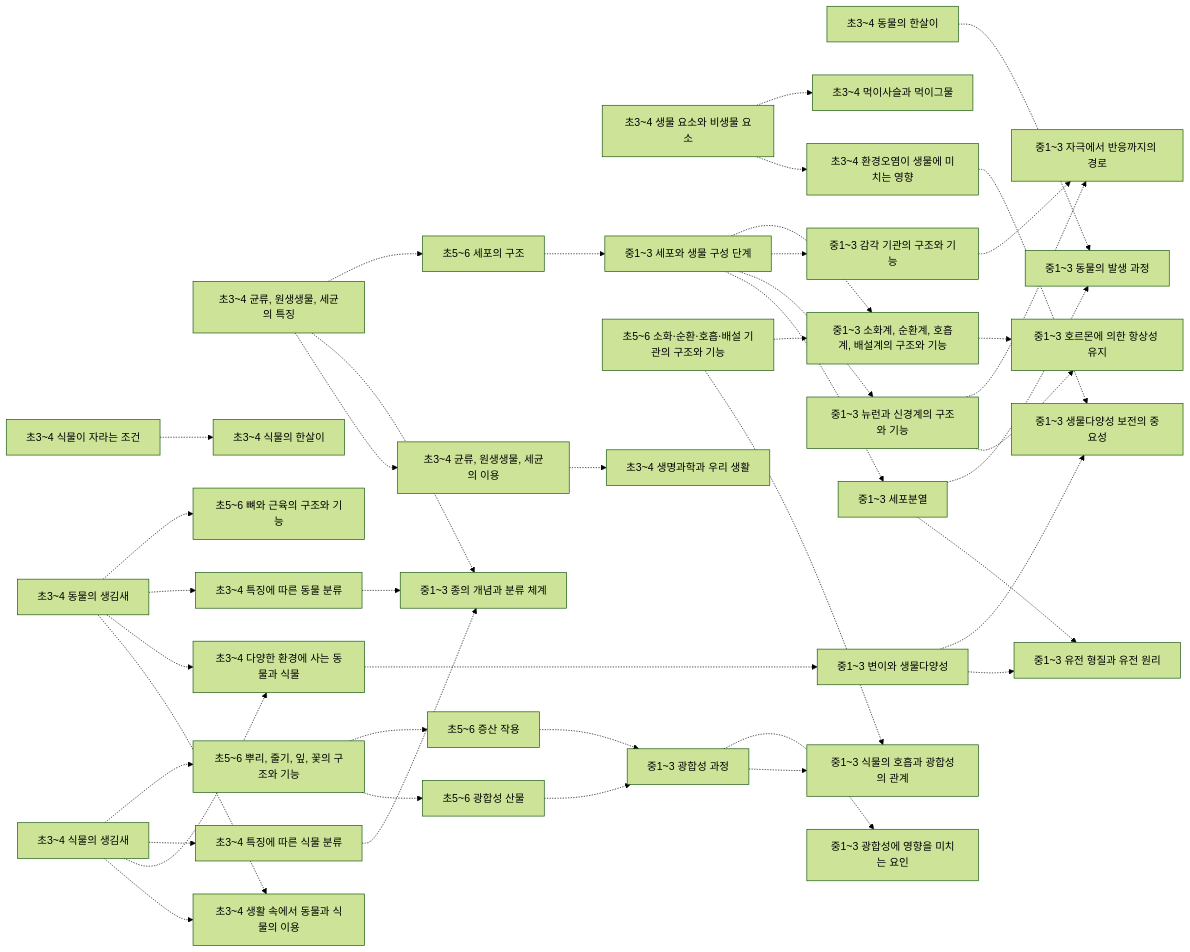
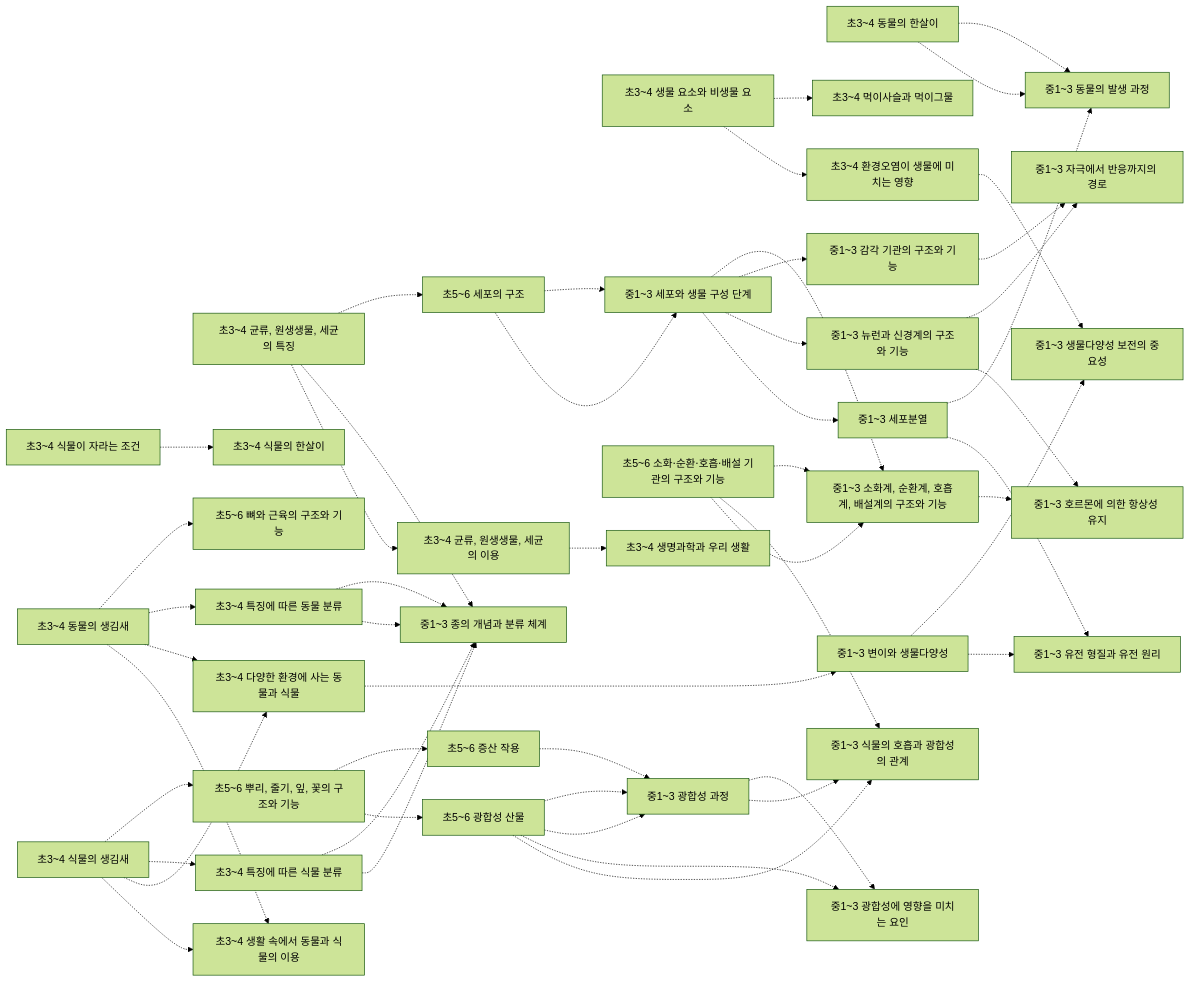
The third of 5 diagrams in docs/과학-개념-지도.md (jalnanco/korea-learning-map), drawn with Mermaid (forest theme) before and after one commit. The commit also changed other lines of this file and 31 other files, not shown here.

````diff
--- a/docs/과학-개념-지도.md
+++ b/docs/과학-개념-지도.md
@@ -1179,4 +1200,12 @@
   n1 -.-> n12
   n13 -.-> n14
   n33 -.-> n32
+  n17 -.-> n22
+  n15 -.-> n21
+  n20 -.-> n23
+  n20 -.-> n24
+  n20 -.-> n25
+  n3 -.-> n31
+  n7 -.-> n34
+  n8 -.-> n34
 ```
````
